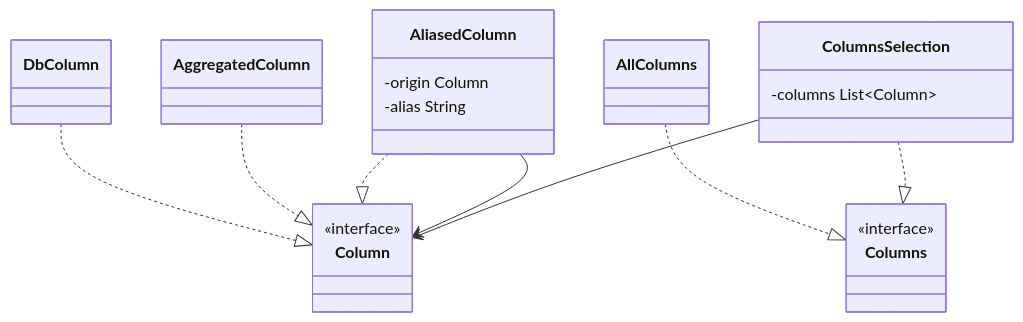
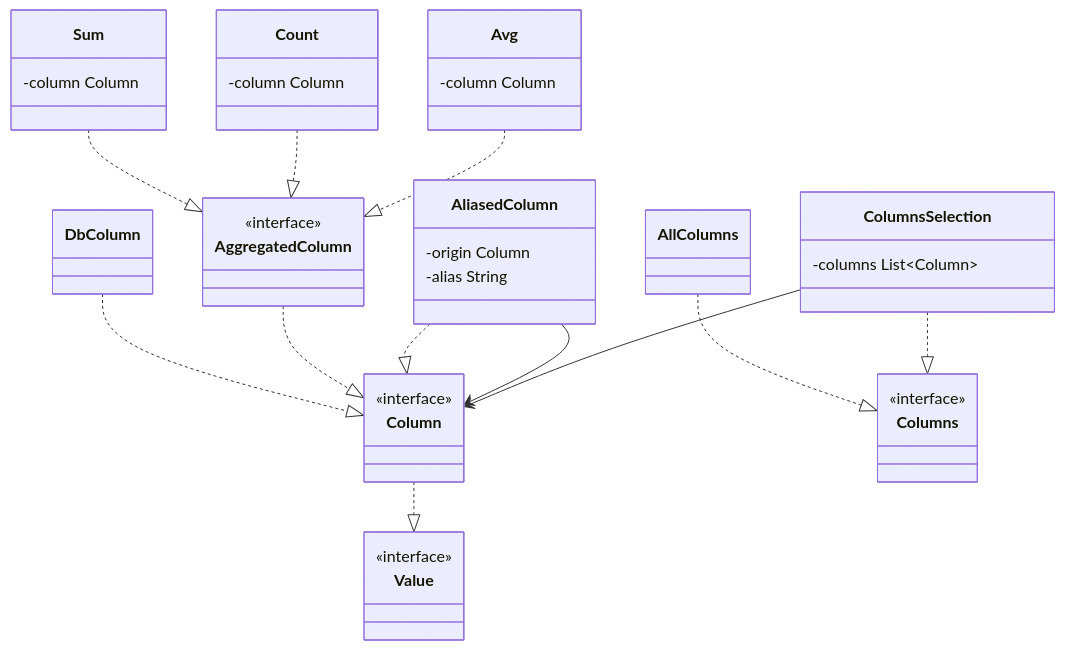
One commit to safarislava/QueryBricks changed the fifth of 10 diagrams in docs/domain.md. Above: the diagram before and after it, drawn with Mermaid. The commit also changed other lines of this file, not shown here.

Commit message:
docs: Fixing expressions

````diff
--- a/docs/domain.md
+++ b/docs/domain.md
@@ -115,32 +115,54 @@
 ```mermaid
 classDiagram
+    class Value {
+        <<interface>>
+    }
+
     class Column {
         <<interface>>
     }
+    Column ..|> Value
 
     class DbColumn
     DbColumn ..|> Column
 
-    class AggregatedColumn
+    class AggregatedColumn {
+        <<interface>>
+    }
     AggregatedColumn ..|> Column
+
+    class Sum {
+        -column Column
+    }
+    Sum ..|> AggregatedColumn
+
+    class Count {
+        -column Column
+    }
+    Count ..|> AggregatedColumn
+
+    class Avg {
+        -column Column
+    }
+    Avg ..|> AggregatedColumn
 
     class AliasedColumn {
         -origin Column
         -alias String
     }
     AliasedColumn ..|> Column
     AliasedColumn --> Column
 
     class Columns {
         <<interface>>
     }
 
     class AllColumns
     AllColumns ..|> Columns
 
     class ColumnsSelection {
         -columns List~Column~
     }
     ColumnsSelection ..|> Columns
     ColumnsSelection --> Column
 ```
````
